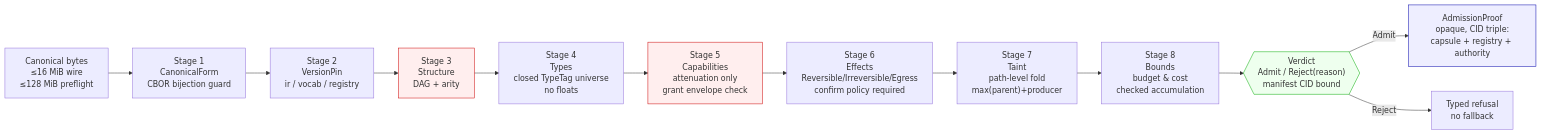
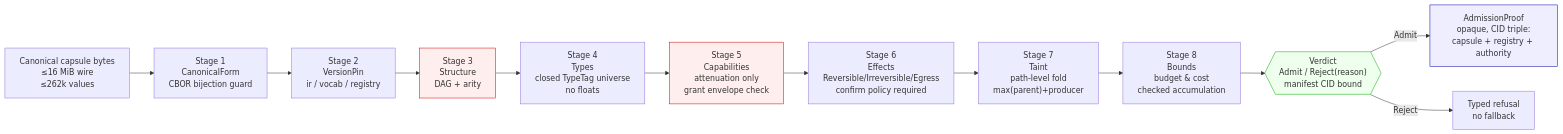
One commit to srinji-kaggss/Braid changed the fourth of 6 diagrams in docs/STRATEGIC-VISION.md. Above: the diagram before and after it, drawn with Mermaid. The commit also changed other lines of this file and 7 other files, not shown here.

Commit message:
Harden capsule decoder preflight budgets

````diff
--- a/docs/STRATEGIC-VISION.md
+++ b/docs/STRATEGIC-VISION.md
@@ -167,21 +167,21 @@
 ```mermaid
 flowchart LR
-    Bytes["Canonical bytes<br/>≤16 MiB wire<br/>≤128 MiB preflight"] --> S1
+    Bytes["Canonical capsule bytes<br/>≤16 MiB wire<br/>≤262k values"] --> S1
 
     S1["Stage 1<br/>CanonicalForm<br/>CBOR bijection guard"] --> S2
     S2["Stage 2<br/>VersionPin<br/>ir / vocab / registry"] --> S3
     S3["Stage 3<br/>Structure<br/>DAG + arity"] --> S4
     S4["Stage 4<br/>Types<br/>closed TypeTag universe<br/>no floats"] --> S5
     S5["Stage 5<br/>Capabilities<br/>attenuation only<br/>grant envelope check"] --> S6
     S6["Stage 6<br/>Effects<br/>Reversible/Irreversible/Egress<br/>confirm policy required"] --> S7
     S7["Stage 7<br/>Taint<br/>path-level fold<br/>max(parent)+producer"] --> S8
     S8["Stage 8<br/>Bounds<br/>budget & cost<br/>checked accumulation"] --> Verdict
 
     Verdict{{"Verdict<br/>Admit / Reject(reason)<br/>manifest CID bound"}} -->|"Admit"| Proof["AdmissionProof<br/>opaque, CID triple:<br/>capsule + registry + authority"]
     Verdict -->|"Reject"| Block["Typed refusal<br/>no fallback"]
 
     style S3 fill:#fee,stroke:#c00
     style S5 fill:#fee,stroke:#c00
     style Verdict fill:#efe,stroke:#0a0
     style Proof fill:#eef,stroke:#00a
 ```
````
